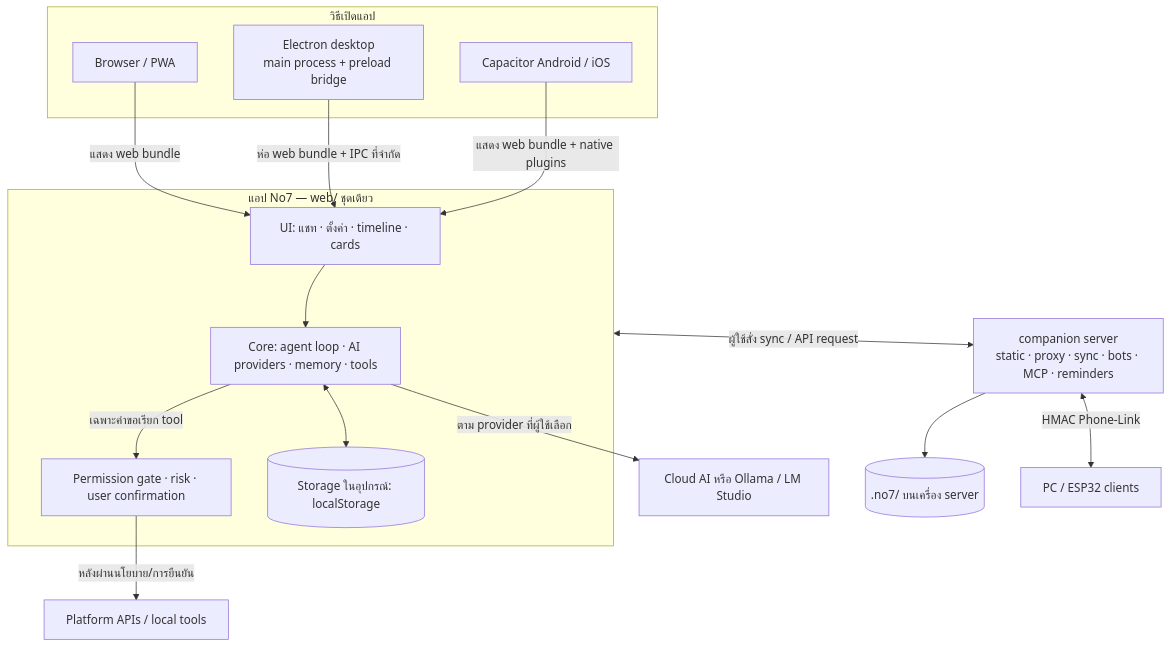
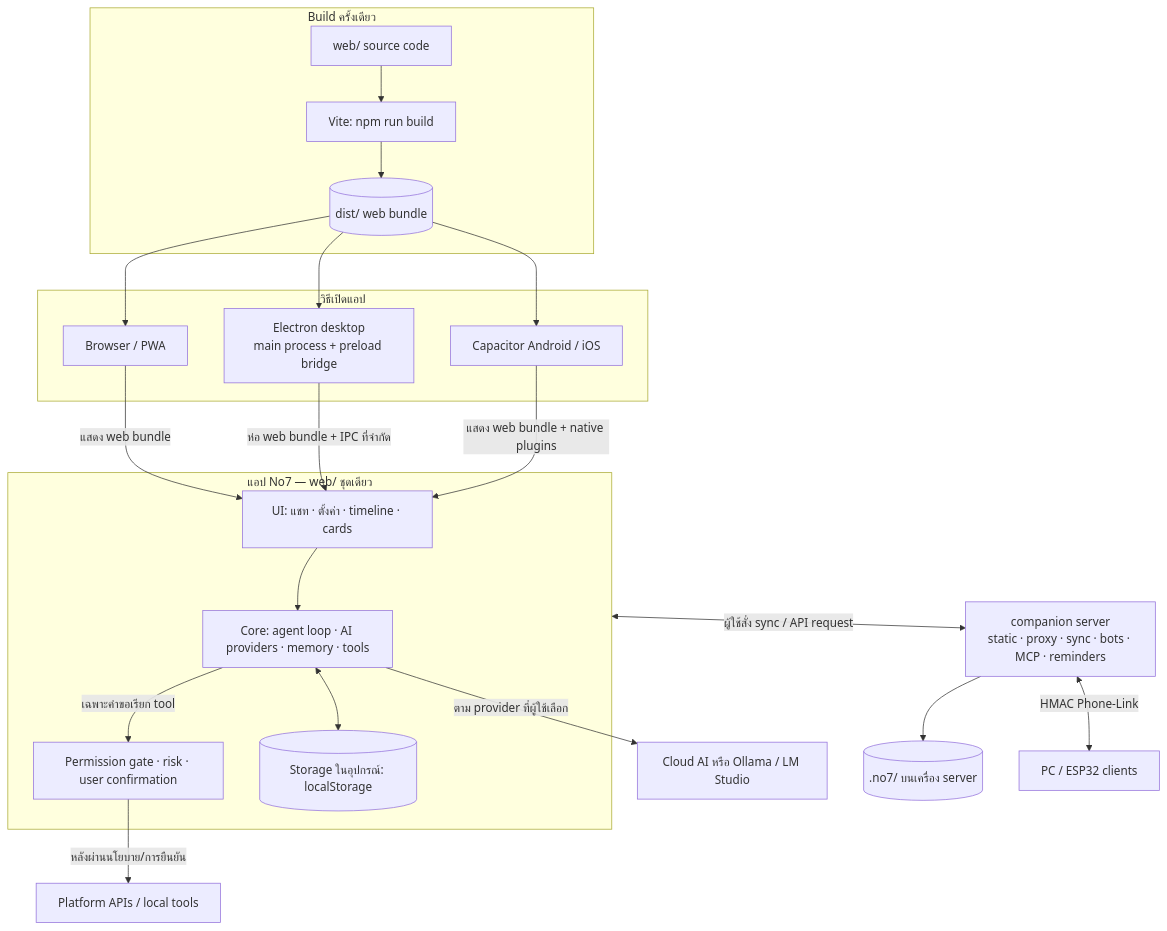
Before and after one commit to danaikointa-maker/No7PersonalAIBot: the second of 4 diagrams in README.md, drawn with Mermaid. The commit also changed other lines of this file and 1 other file, not shown here.

Commit message:
docs: ปรับ README ภาษาไทยและ roadmap สถานะ CI (#94)

````diff
--- a/README.md
+++ b/README.md
@@ -273,25 +295,32 @@
 ```mermaid
 flowchart TB
+  subgraph BUILD[Build ครั้งเดียว]
+    SRC[web/ source code] --> VITE[Vite: npm run build]
+    VITE --> DIST[(dist/ web bundle)]
+  end
   subgraph CLIENT[แอป No7 — web/ ชุดเดียว]
     UI[UI: แชท · ตั้งค่า · timeline · cards]
     CORE[Core: agent loop · AI providers · memory · tools]
     GATE[Permission gate · risk · user confirmation]
     STORE[(Storage ในอุปกรณ์: localStorage)]
     UI --> CORE
     CORE <--> STORE
     CORE -->|เฉพาะคำขอเรียก tool| GATE
   end
   subgraph HOSTS[วิธีเปิดแอป]
     PWA[Browser / PWA]
     ELECTRON[Electron desktop<br/>main process + preload bridge]
     CAP[Capacitor Android / iOS]
   end
+  DIST --> PWA
+  DIST --> ELECTRON
+  DIST --> CAP
   PWA -->|แสดง web bundle| UI
   ELECTRON -->|ห่อ web bundle + IPC ที่จำกัด| UI
   CAP -->|แสดง web bundle + native plugins| UI
   GATE -->|หลังผ่านนโยบาย/การยืนยัน| HOSTAPI[Platform APIs / local tools]
   CORE -->|ตาม provider ที่ผู้ใช้เลือก| AI[Cloud AI หรือ Ollama / LM Studio]
   CLIENT <-->|ผู้ใช้สั่ง sync / API request| SERVER[companion server<br/>static · proxy · sync · bots · MCP · reminders]
   SERVER --> FILES[(.no7/ บนเครื่อง server)]
   SERVER <-->|HMAC Phone-Link| DEV[PC / ESP32 clients]
 ```
````
